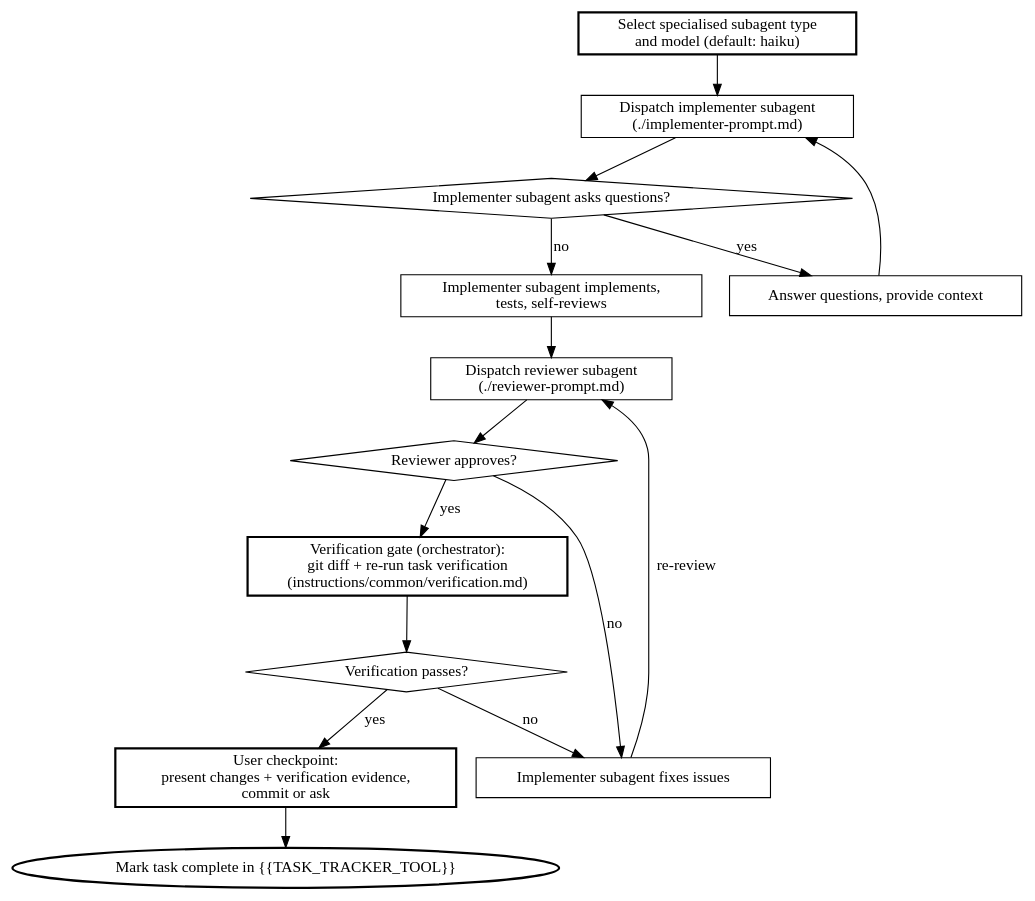
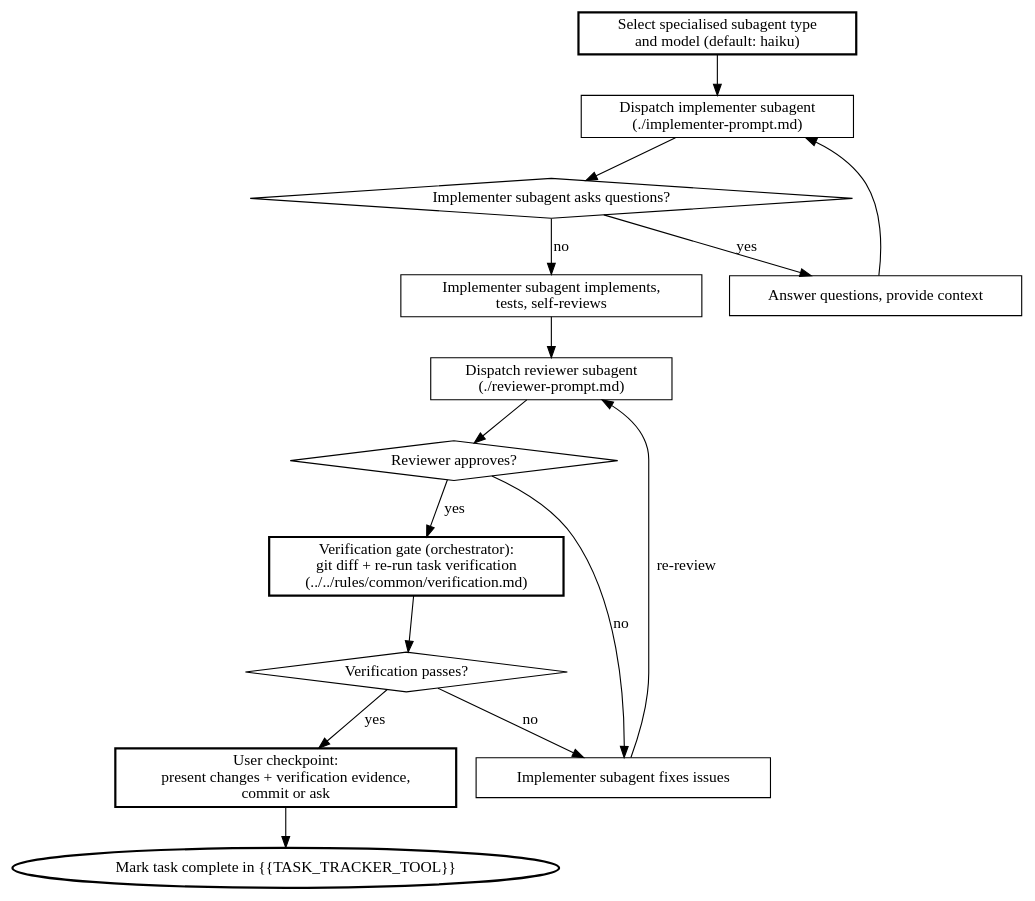
Before and after one commit to philipobenito/elelem: the diagram in skills/subagent-driven-development/SKILL.md, drawn with Graphviz. The commit also changed other lines of this file and 39 other files, not shown here.

````diff
--- a/skills/subagent-driven-development/SKILL.md
+++ b/skills/subagent-driven-development/SKILL.md
@@ -85,33 +87,33 @@
 ```dot
 digraph per_task_pipeline {
     rankdir=TB;
 
     "Select specialised subagent type\nand model (default: haiku)" [shape=box, style=bold];
     "Dispatch implementer subagent\n(./implementer-prompt.md)" [shape=box];
     "Implementer subagent asks questions?" [shape=diamond];
     "Answer questions, provide context" [shape=box];
     "Implementer subagent implements,\ntests, self-reviews" [shape=box];
     "Dispatch reviewer subagent\n(./reviewer-prompt.md)" [shape=box];
     "Reviewer approves?" [shape=diamond];
     "Implementer subagent fixes issues" [shape=box];
-    "Verification gate (orchestrator):\ngit diff + re-run task verification\n(instructions/common/verification.md)" [shape=box, style=bold];
+    "Verification gate (orchestrator):\ngit diff + re-run task verification\n(../../rules/common/verification.md)" [shape=box, style=bold];
     "Verification passes?" [shape=diamond];
     "User checkpoint:\npresent changes + verification evidence,\ncommit or ask" [shape=box, style=bold];
     "Mark task complete in {{TASK_TRACKER_TOOL}}" [style=bold];
 
     "Select specialised subagent type\nand model (default: haiku)" -> "Dispatch implementer subagent\n(./implementer-prompt.md)";
     "Dispatch implementer subagent\n(./implementer-prompt.md)" -> "Implementer subagent asks questions?";
     "Implementer subagent asks questions?" -> "Answer questions, provide context" [label="yes"];
     "Answer questions, provide context" -> "Dispatch implementer subagent\n(./implementer-prompt.md)";
     "Implementer subagent asks questions?" -> "Implementer subagent implements,\ntests, self-reviews" [label="no"];
     "Implementer subagent implements,\ntests, self-reviews" -> "Dispatch reviewer subagent\n(./reviewer-prompt.md)";
     "Dispatch reviewer subagent\n(./reviewer-prompt.md)" -> "Reviewer approves?";
     "Reviewer approves?" -> "Implementer subagent fixes issues" [label="no"];
     "Implementer subagent fixes issues" -> "Dispatch reviewer subagent\n(./reviewer-prompt.md)" [label="re-review"];
-    "Reviewer approves?" -> "Verification gate (orchestrator):\ngit diff + re-run task verification\n(instructions/common/verification.md)" [label="yes"];
-    "Verification gate (orchestrator):\ngit diff + re-run task verification\n(instructions/common/verification.md)" -> "Verification passes?";
+    "Reviewer approves?" -> "Verification gate (orchestrator):\ngit diff + re-run task verification\n(../../rules/common/verification.md)" [label="yes"];
+    "Verification gate (orchestrator):\ngit diff + re-run task verification\n(../../rules/common/verification.md)" -> "Verification passes?";
     "Verification passes?" -> "Implementer subagent fixes issues" [label="no"];
     "Verification passes?" -> "User checkpoint:\npresent changes + verification evidence,\ncommit or ask" [label="yes"];
     "User checkpoint:\npresent changes + verification evidence,\ncommit or ask" -> "Mark task complete in {{TASK_TRACKER_TOOL}}";
 }
 ```
````
